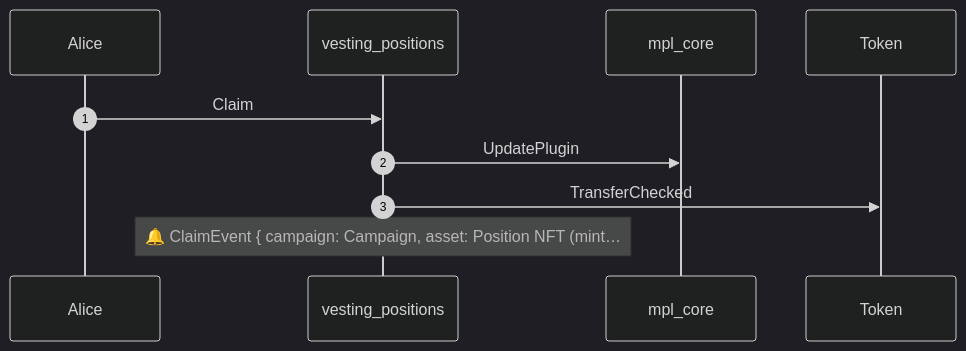
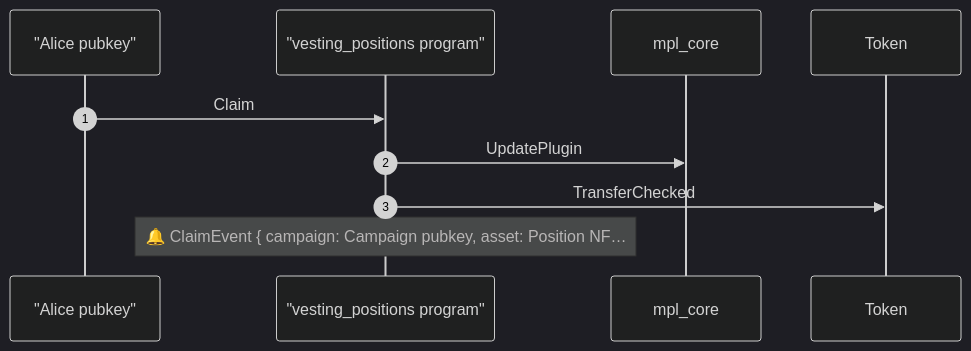
The second of 4 diagrams in md-reports/full-vesting-lifecycle.md (Canguilhem/Vesting-position), drawn with Mermaid (dark theme) before and after one commit. The commit also changed other lines of this file and 2 other files, not shown here.

````diff
--- a/md-reports/full-vesting-lifecycle.md
+++ b/md-reports/full-vesting-lifecycle.md
@@ -271,12 +259,12 @@
 ```mermaid
 sequenceDiagram
     autonumber
-    participant Alice
-    participant vesting_positions
+    participant Alice_pubkey as "Alice pubkey"
+    participant vesting_positions_program as "vesting_positions program"
     participant mpl_core
     participant Token
-    Alice ->> vesting_positions: Claim
-    vesting_positions ->> mpl_core: UpdatePlugin
-    vesting_positions ->> Token: TransferChecked
-    note over vesting_positions: 🔔 ClaimEvent { campaign: Campaign, asset: Position NFT (mint…
+    Alice_pubkey ->> vesting_positions_program: Claim
+    vesting_positions_program ->> mpl_core: UpdatePlugin
+    vesting_positions_program ->> Token: TransferChecked
+    note over vesting_positions_program: 🔔 ClaimEvent { campaign: Campaign pubkey, asset: Position NF…
 ```
````
